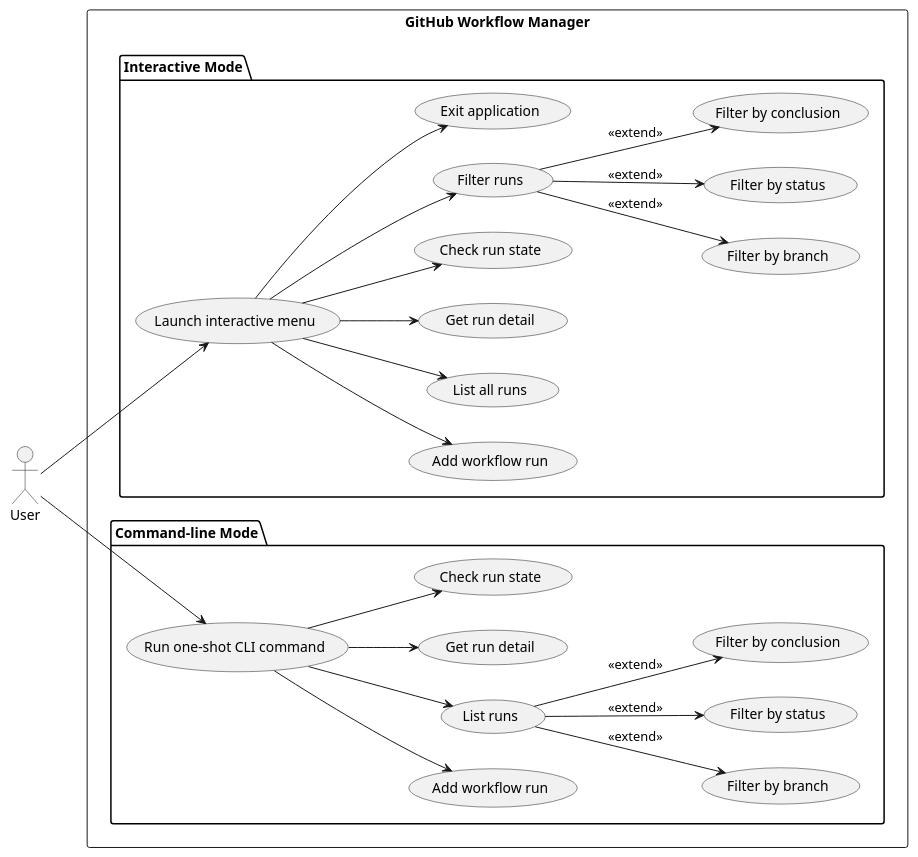
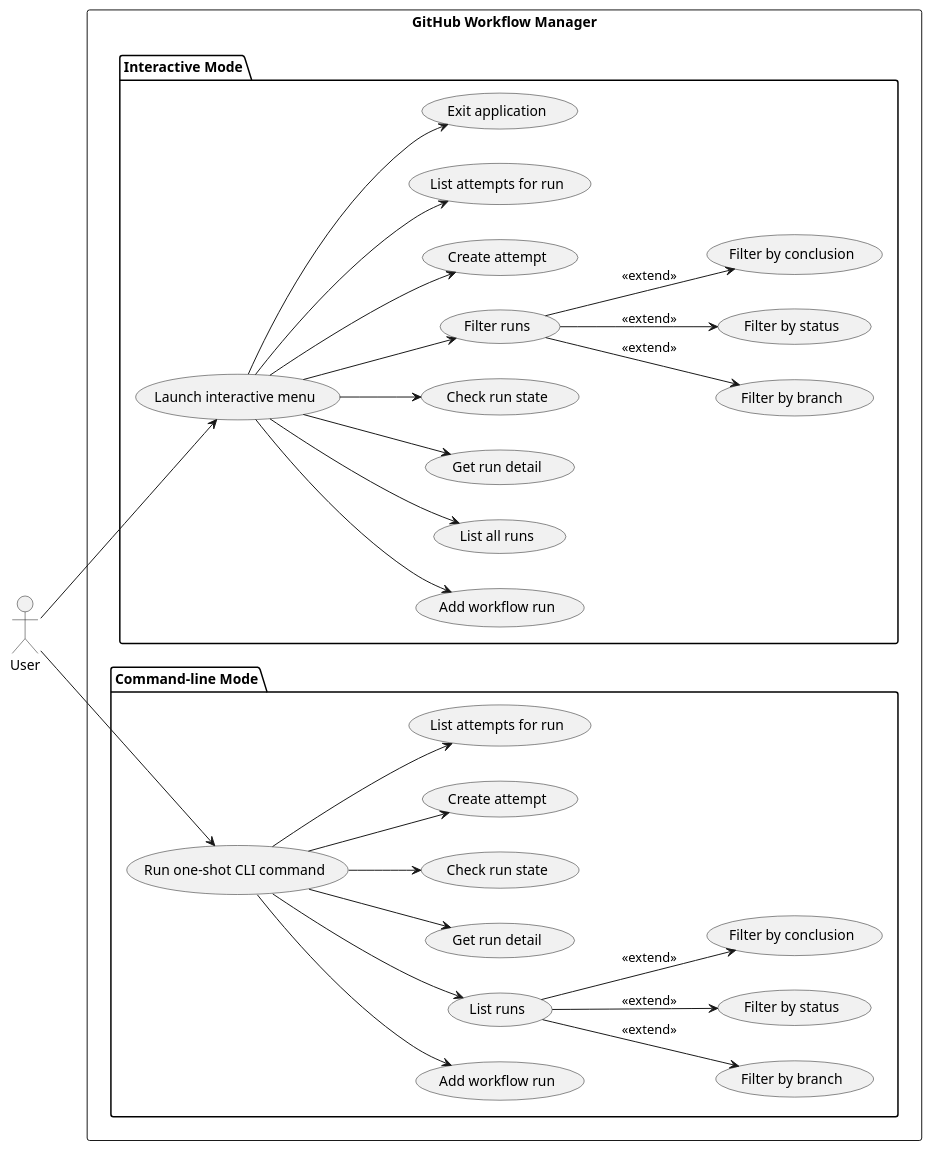
The diagram in experiments/broadcast/user_stories/github-workflow-manager/artifacts/use_case_diagram.puml (DanielRiha8906/Software_autoevolution_using_agents), drawn with PlantUML before and after one commit. The commit also changed 12 other files, not shown here.

First line of the commit message:
Task 04: Create AttemptService for managing WorkflowRunAttempt objects

```diff
--- a/experiments/broadcast/user_stories/github-workflow-manager/artifacts/use_case_diagram.puml
+++ b/experiments/broadcast/user_stories/github-workflow-manager/artifacts/use_case_diagram.puml
@@ -1,57 +1,65 @@
 @startuml use_case_diagram
 
 left to right direction
 
 actor User
 
 rectangle "GitHub Workflow Manager" {
 
   package "Interactive Mode" {
     usecase "Launch interactive menu"  as UI
     usecase "Add workflow run"         as I_ADD
     usecase "List all runs"            as I_LIST
     usecase "Get run detail"           as I_DETAIL
     usecase "Check run state"          as I_STATE
     usecase "Filter runs"              as I_FILTER
     usecase "Filter by branch"         as I_FBRANCH
     usecase "Filter by status"         as I_FSTATUS
     usecase "Filter by conclusion"     as I_FCONCL
+    usecase "Create attempt"           as I_CREATE_ATT
+    usecase "List attempts for run"    as I_LIST_ATT
     usecase "Exit application"         as I_EXIT
   }
 
   package "Command-line Mode" {
     usecase "Run one-shot CLI command" as CLI
     usecase "Add workflow run"         as C_ADD
     usecase "List runs"                as C_LIST
     usecase "Get run detail"           as C_DETAIL
     usecase "Check run state"          as C_STATE
     usecase "Filter by branch"         as C_FBRANCH
     usecase "Filter by status"         as C_FSTATUS
     usecase "Filter by conclusion"     as C_FCONCL
+    usecase "Create attempt"           as C_CREATE_ATT
+    usecase "List attempts for run"    as C_LIST_ATT
   }
 }
 
 User --> UI
 User --> CLI
 
 UI --> I_ADD
 UI --> I_LIST
 UI --> I_DETAIL
 UI --> I_STATE
 UI --> I_FILTER
+UI --> I_CREATE_ATT
+UI --> I_LIST_ATT
 UI --> I_EXIT
 
 I_FILTER --> I_FBRANCH  : <<extend>>
 I_FILTER --> I_FSTATUS  : <<extend>>
 I_FILTER --> I_FCONCL   : <<extend>>
 
 CLI --> C_ADD
 CLI --> C_LIST
 CLI --> C_DETAIL
 CLI --> C_STATE
+CLI --> C_CREATE_ATT
+CLI --> C_LIST_ATT
 
 C_LIST --> C_FBRANCH  : <<extend>>
 C_LIST --> C_FSTATUS  : <<extend>>
 C_LIST --> C_FCONCL   : <<extend>>
 
 @enduml
```
